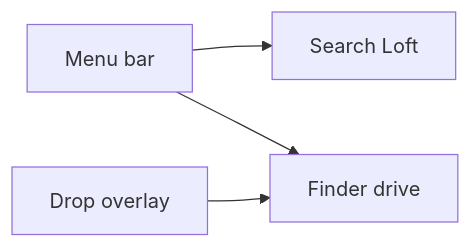
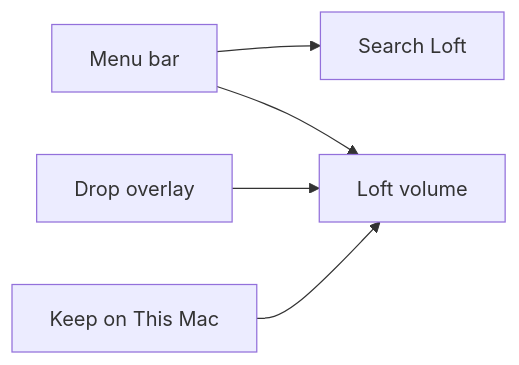
The diagram in docs/macos.md (smeltery/loft), drawn with Mermaid before and after one commit. The commit also changed other lines of this file and 81 other files, not shown here.

````diff
--- a/docs/macos.md
+++ b/docs/macos.md
@@ -7,10 +7,12 @@
 ```mermaid
 flowchart LR
   menu[Menu bar]
   search[Search Loft]
-  finder[Finder drive]
+  finder[Loft volume]
   drop[Drop overlay]
+  keep[Keep on This Mac]
   menu --> search
   menu --> finder
   drop --> finder
+  keep --> finder
 ```
````
